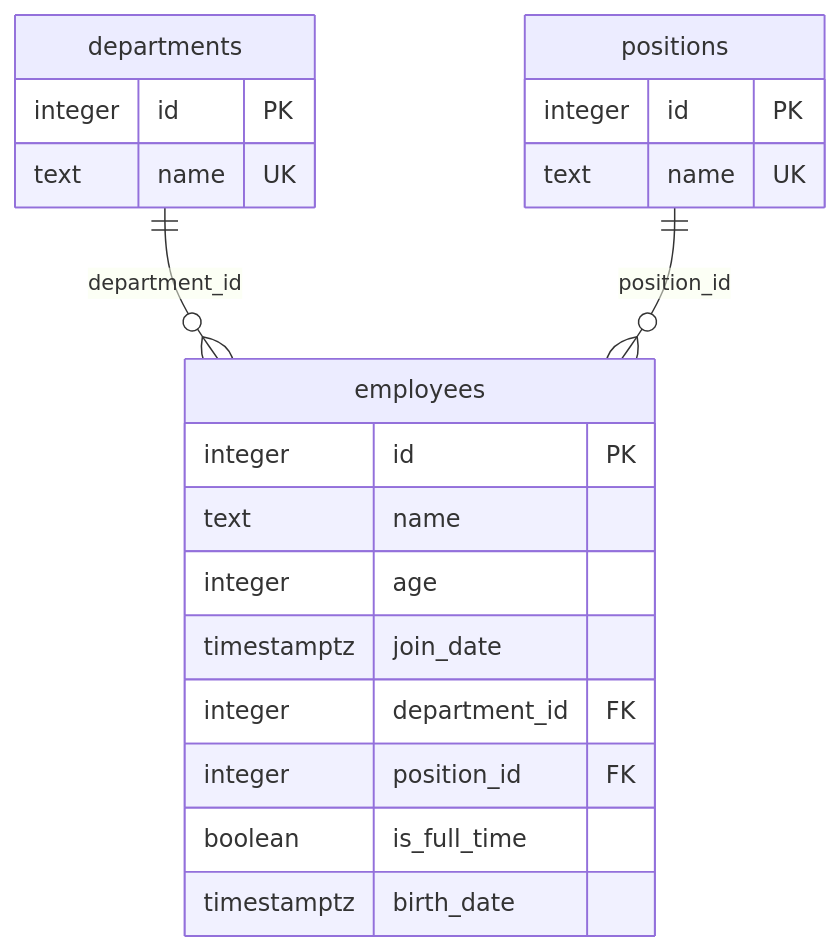
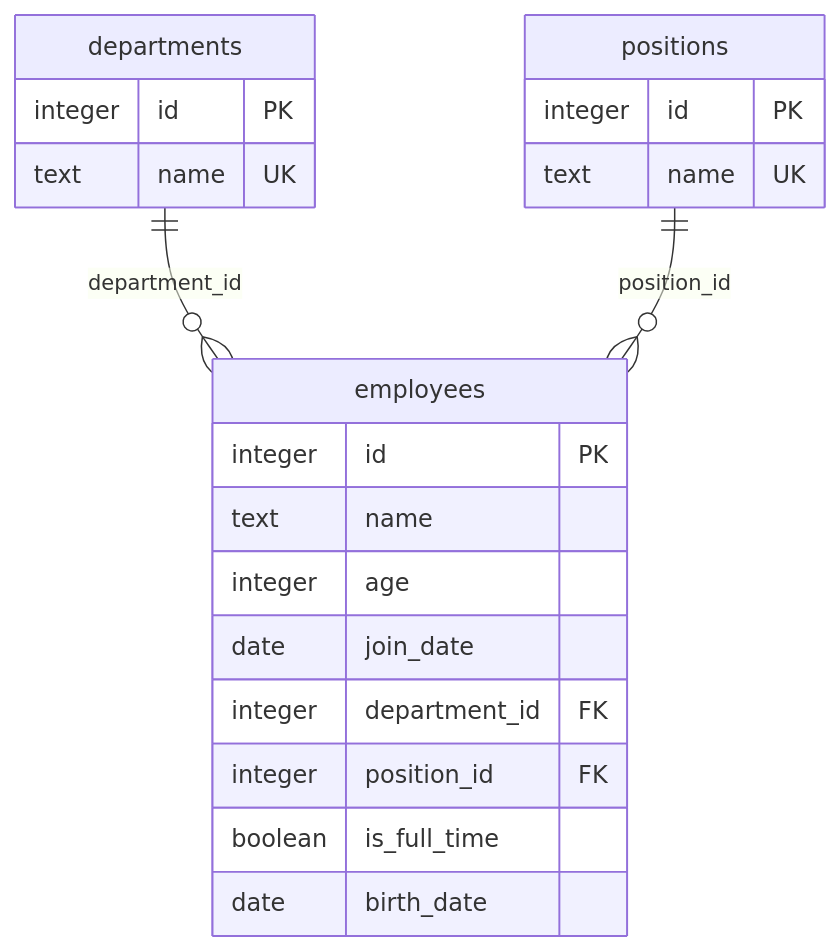
One commit to akiyoshi1989/fastify-app changed the diagram in .docs/02-db-tables.md. Above: the diagram before and after it, drawn with Mermaid. The commit also changed other lines of this file and 2 other files, not shown here.

````diff
--- a/.docs/02-db-tables.md
+++ b/.docs/02-db-tables.md
@@ -25,26 +25,26 @@
 ```mermaid
 erDiagram
   departments ||--o{ employees : "department_id"
   positions ||--o{ employees : "position_id"
 
   departments {
     integer id PK
     text name UK
   }
 
   positions {
     integer id PK
     text name UK
   }
 
   employees {
     integer id PK
     text name
     integer age
-    timestamptz join_date
+    date join_date
     integer department_id FK
     integer position_id FK
     boolean is_full_time
-    timestamptz birth_date
+    date birth_date
   }
 ```
````
